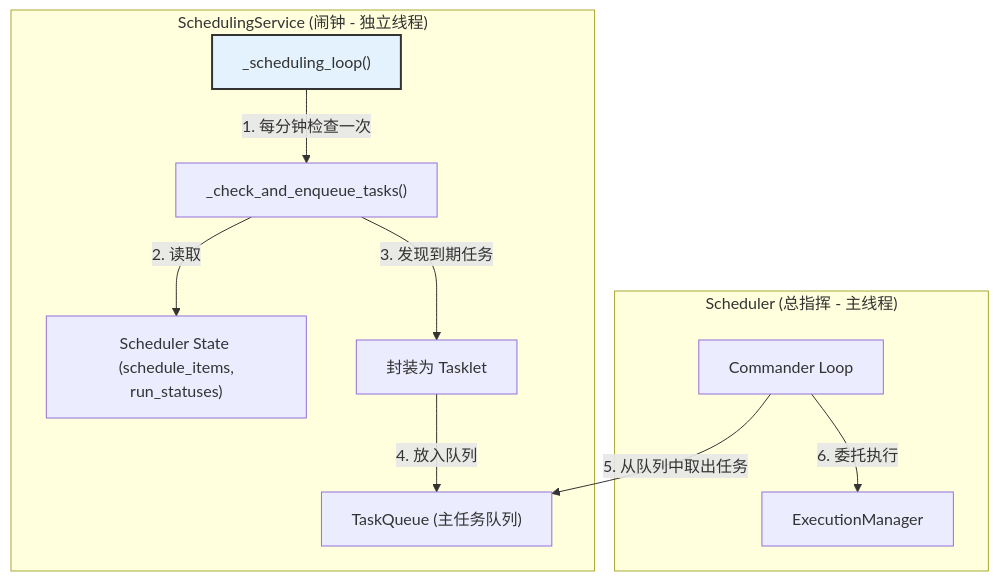
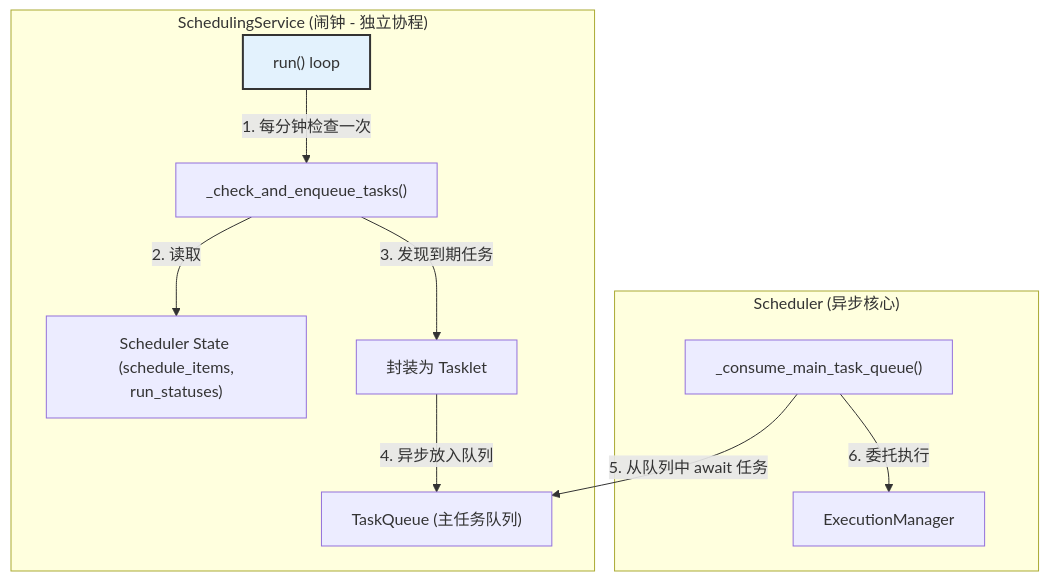
One commit to nightofknife/aura-framework changed the diagram in readme/core_doc/scheduling_service.md. Above: the diagram before and after it, drawn with Mermaid. The commit also changed other lines of this file and 22 other files, not shown here.

````diff
--- a/readme/core_doc/scheduling_service.md
+++ b/readme/core_doc/scheduling_service.md
@@ -17,20 +18,20 @@
 ```mermaid
 graph TD
-    subgraph "SchedulingService (闹钟 - 独立线程)"
-        Loop["_scheduling_loop()"]
+    subgraph "SchedulingService (闹钟 - 独立协程)"
+        Loop["run() loop"]
         Loop -- "1. 每分钟检查一次" --> Check["_check_and_enqueue_tasks()"]
         Check -- "2. 读取" --> SchedulerState["Scheduler State <br> (schedule_items, run_statuses)"]
         Check -- "3. 发现到期任务" --> Enqueue["封装为 Tasklet"]
-        Enqueue -- "4. 放入队列" --> TaskQueue
+        Enqueue -- "4. 异步放入队列" --> TaskQueue
     end
 
-    subgraph "Scheduler (总指挥 - 主线程)"
+    subgraph "Scheduler (异步核心)"
         TaskQueue["TaskQueue (主任务队列)"]
-        Commander["Commander Loop"] -- "5. 从队列中取出任务" --> TaskQueue
-        Commander -- "6. 委托执行" --> ExecutionManager
+        Consumer["_consume_main_task_queue()"] -- "5. 从队列中 await 任务" --> TaskQueue
+        Consumer -- "6. 委托执行" --> ExecutionManager
     end
 
     ExecutionManager["ExecutionManager"]
 
     style Loop fill:#e3f2fd,stroke:#333,stroke-width:2px
 ```
````
